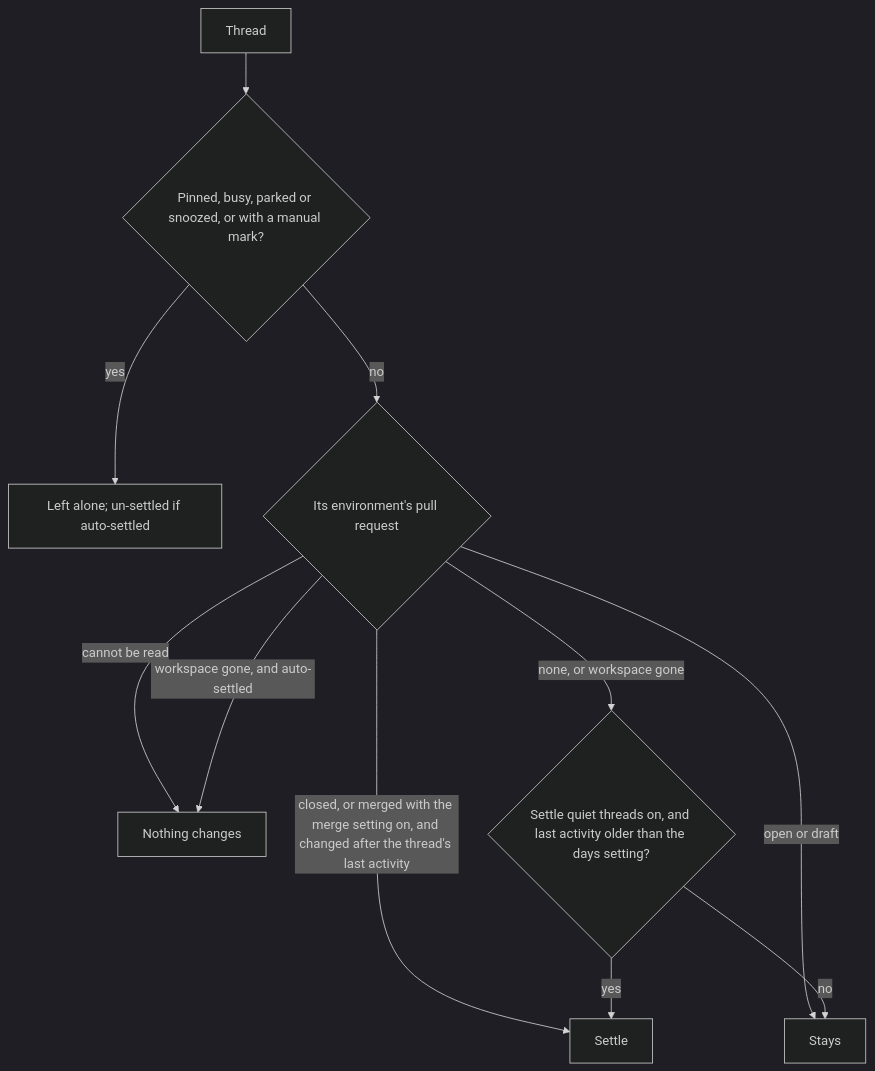
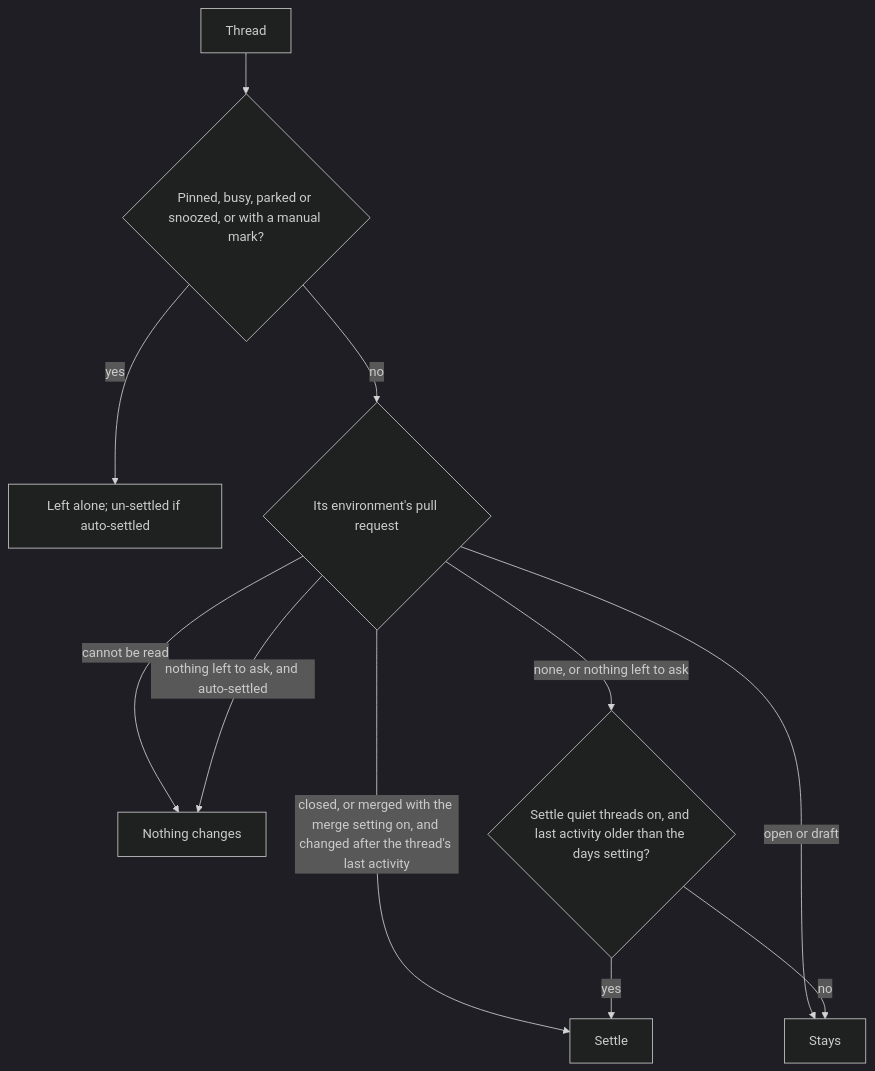
One commit to gperezmz/bb-plugins changed the second of 2 diagrams in docs/explanation/thread-glance-shelves.md. Above: the diagram before and after it, drawn with Mermaid (dark theme). The commit also changed other lines of this file and 6 other files, not shown here.

````diff
--- a/docs/explanation/thread-glance-shelves.md
+++ b/docs/explanation/thread-glance-shelves.md
@@ -52,13 +52,13 @@
 ```mermaid
 flowchart TD
   start["Thread"] --> skip{"Pinned, busy, parked or snoozed, or with a manual mark?"}
   skip -->|yes| leave["Left alone; un-settled if auto-settled"]
   skip -->|no| pr{"Its environment's pull request"}
   pr -->|"closed, or merged with the merge setting on, and changed after the thread's last activity"| settle["Settle"]
   pr -->|open or draft| stay["Stays"]
   pr -->|cannot be read| nothing["Nothing changes"]
-  pr -->|"workspace gone, and auto-settled"| nothing
-  pr -->|"none, or workspace gone"| quiet{"Settle quiet threads on, and last activity older than the days setting?"}
+  pr -->|"nothing left to ask, and auto-settled"| nothing
+  pr -->|"none, or nothing left to ask"| quiet{"Settle quiet threads on, and last activity older than the days setting?"}
   quiet -->|yes| settle
   quiet -->|no| stay
 ```
````
